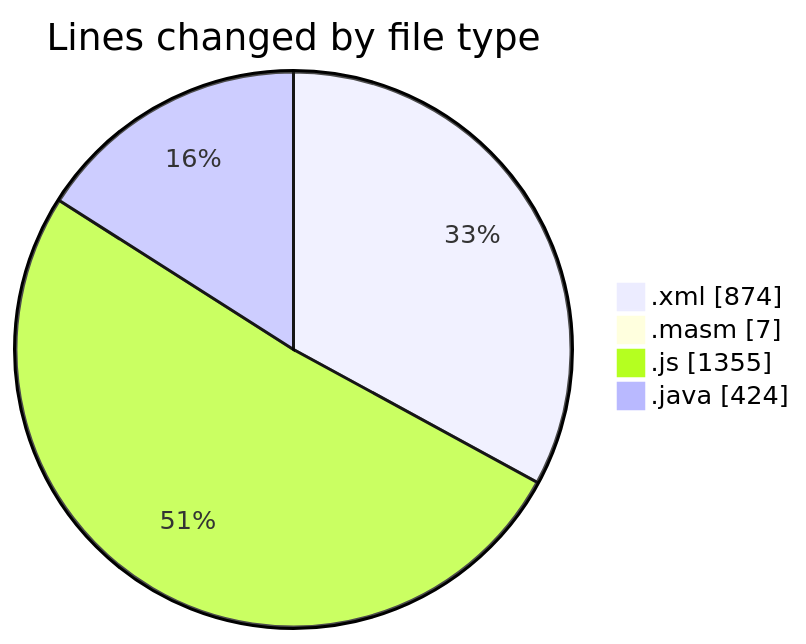
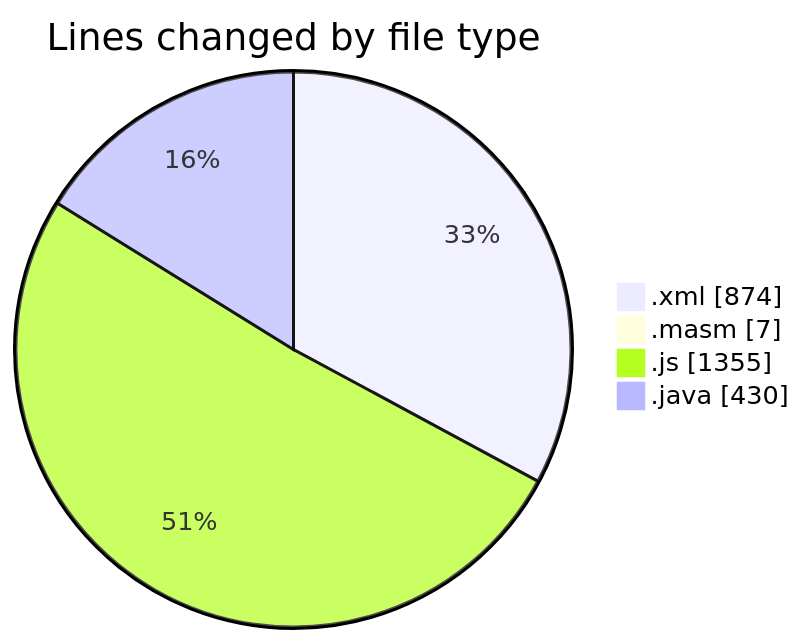
Before and after one commit to charlie-sans/code-tracking: the first of 2 diagrams in 2025-03-11/jmasm/README.md, drawn with Mermaid. The commit also changed other lines of this file and 1 other file, not shown here.

````diff
--- a/2025-03-11/jmasm/README.md
+++ b/2025-03-11/jmasm/README.md
@@ -24,8 +24,8 @@
 ```mermaid
 pie showData
 title Lines changed by file type
 ".xml" : 874
 ".masm" : 7
 ".js" : 1355
-".java" : 424
+".java" : 430
 ```
````
